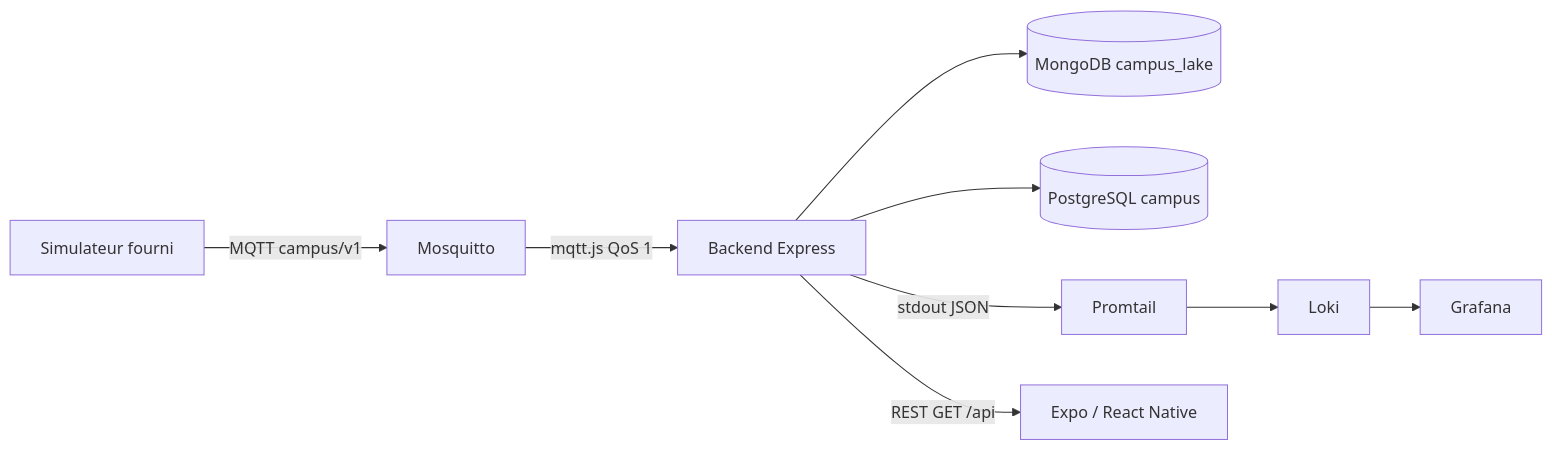
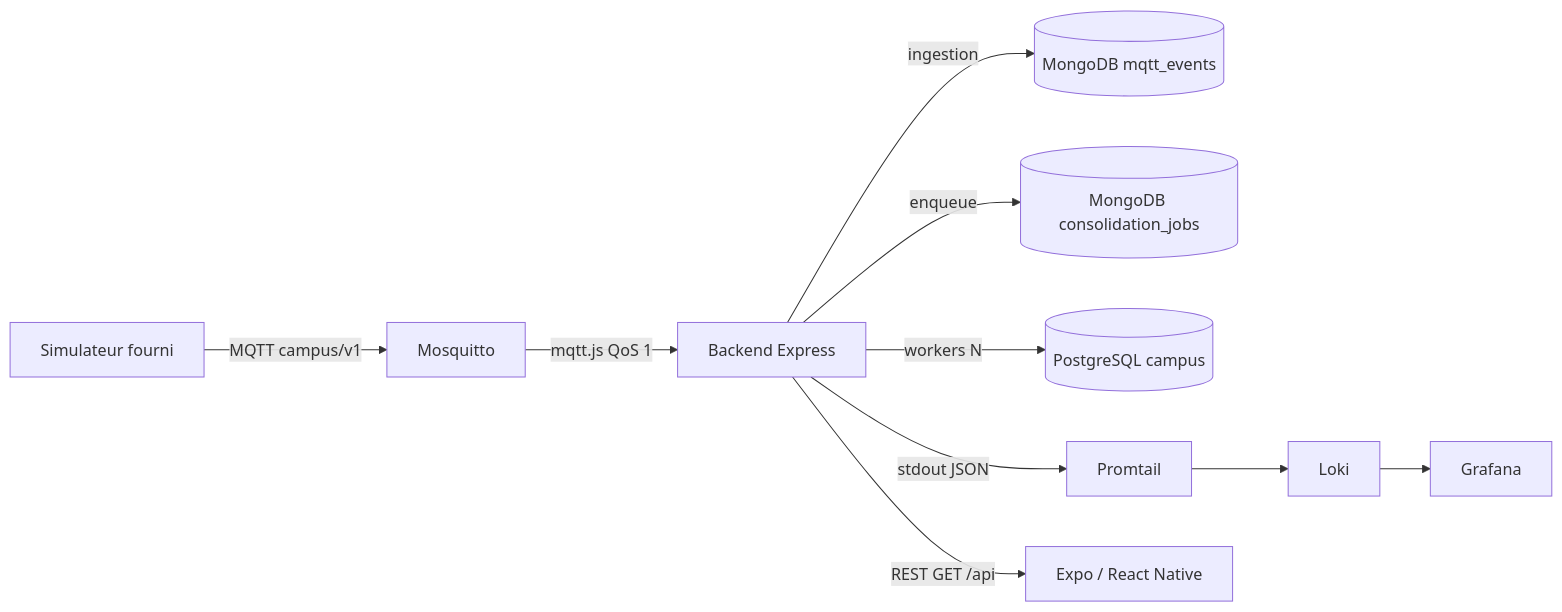
One commit to EliotGIRAUD/campus-connecte changed the diagram in docs/architecture.md. Above: the diagram before and after it, drawn with Mermaid. The commit also changed other lines of this file and 22 other files, not shown here.

First line of the commit message:
Découpler l'ingestion MQTT de la consolidation Postgres via une file de jobs.

````diff
--- a/docs/architecture.md
+++ b/docs/architecture.md
@@ -5,11 +5,12 @@
 ```mermaid
 flowchart LR
     S["Simulateur fourni"] -->|"MQTT campus/v1"| M["Mosquitto"]
     M -->|"mqtt.js QoS 1"| B["Backend Express"]
-    B --> LAKE[("MongoDB campus_lake")]
-    B --> PG[("PostgreSQL campus")]
+    B -->|"ingestion"| LAKE[("MongoDB mqtt_events")]
+    B -->|"enqueue"| Q[("MongoDB consolidation_jobs")]
+    B -->|"workers N"| PG[("PostgreSQL campus")]
     B -->|"stdout JSON"| P["Promtail"]
     P --> L["Loki"]
     L --> G["Grafana"]
     B -->|"REST GET /api"| A["Expo / React Native"]
 ```
````
